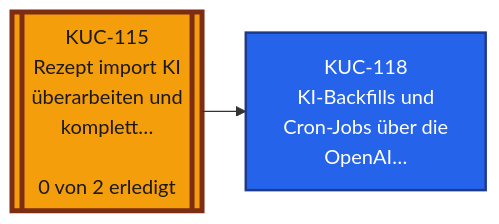
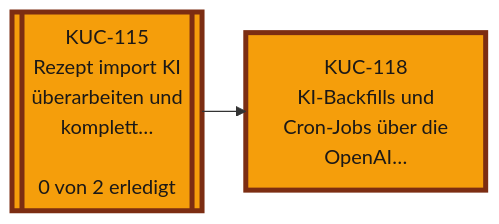
One commit to isntfunny/kitchenpace changed the fourth of 6 diagrams in GAMEPLAN.md. Above: the diagram before and after it, drawn with Mermaid. The commit also changed other lines of this file, not shown here.

Commit message:
KUC-94: Gameplan aktualisieren

````diff
--- a/GAMEPLAN.md
+++ b/GAMEPLAN.md
@@ -128,16 +130,16 @@
 ```mermaid
 %%{init: {"flowchart": {"defaultRenderer": "elk"}}}%%
 flowchart LR
     KUC115[["KUC-115<br/>Rezept import KI<br/>überarbeiten und<br/>komplett…<br/><br/>0 von 2 erledigt"]]:::doing
-    KUC118["KUC-118<br/>KI-Backfills und<br/>Cron-Jobs über die<br/>OpenAI…"]:::todo
+    KUC118["KUC-118<br/>KI-Backfills und<br/>Cron-Jobs über die<br/>OpenAI…"]:::doing
     KUC115 --> KUC118
     click KUC115 "https://youtrack.tecfriends.de/issue/KUC-115"
     click KUC118 "https://youtrack.tecfriends.de/issue/KUC-118"
     classDef ideas fill:#f3e8ff,stroke:#7e22ce,color:#3b0764,stroke-dasharray:2 4
     classDef backlog fill:#f1f5f9,stroke:#64748b,color:#0f172a,stroke-dasharray:6 4
     classDef todo fill:#2563eb,stroke:#1e3a8a,color:#ffffff,stroke-width:2px
     classDef doing fill:#f59e0b,stroke:#7c2d12,color:#1c1917,stroke-width:4px
     classDef done fill:#15803d,stroke:#052e16,color:#ffffff,stroke-width:2px
     classDef wontdo fill:#fee2e2,stroke:#b91c1c,color:#450a0a,stroke-dasharray:2 2
     classDef unknown fill:#ffffff,stroke:#6b7280,color:#111827,stroke-dasharray:1 3
 ```
````
